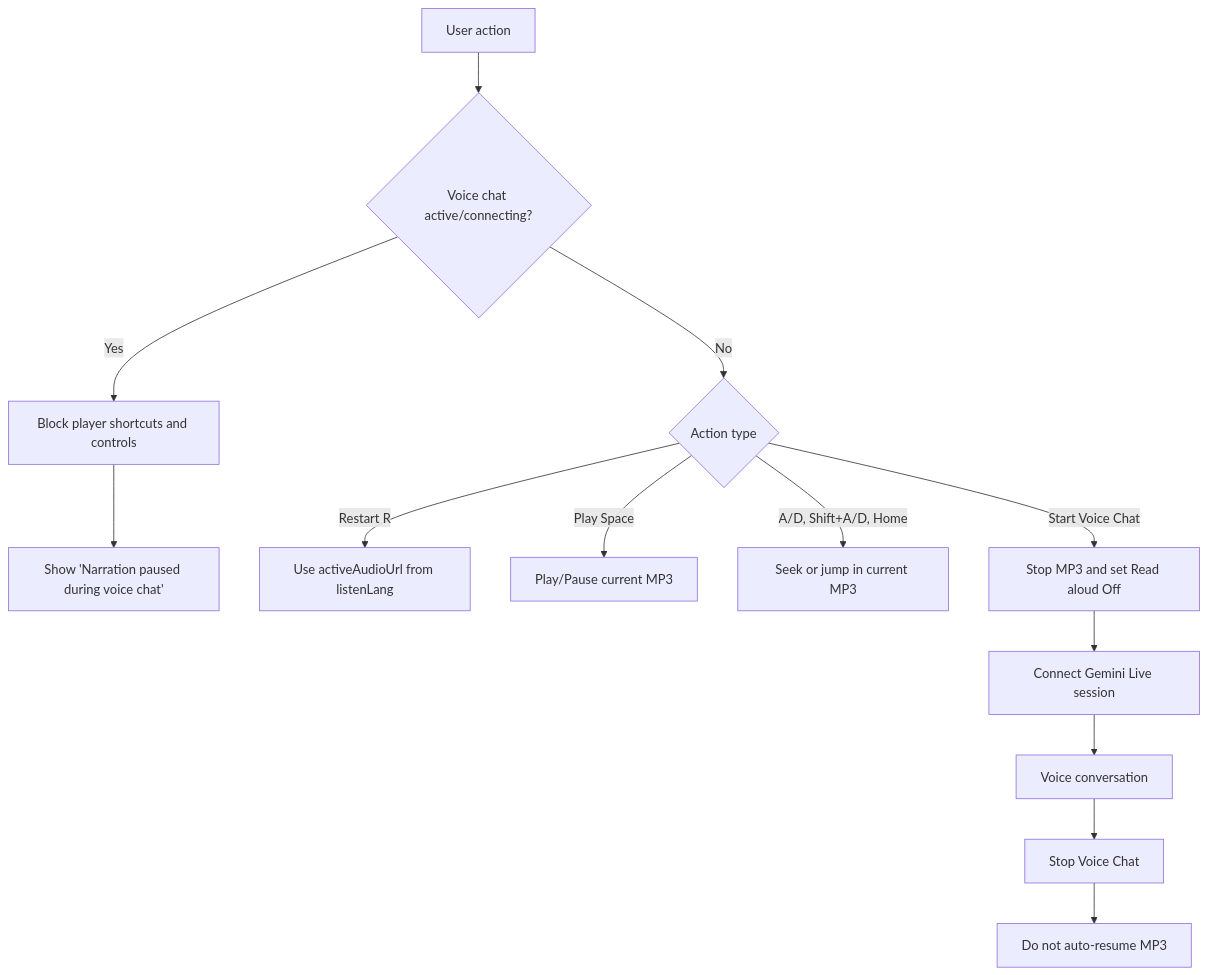
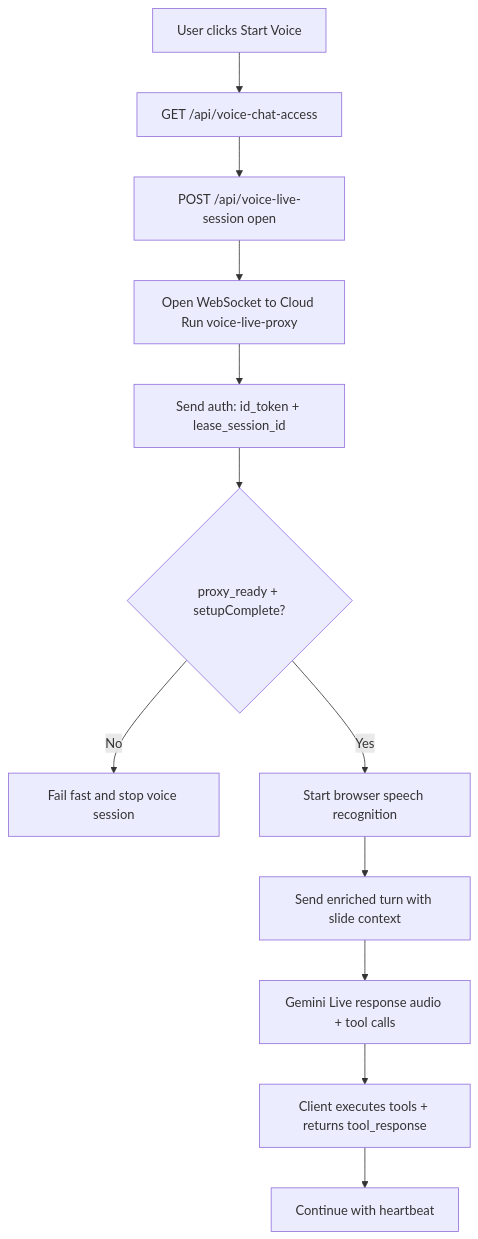
The diagram in client/web-student/README.md (wongcyrus/LangBridgePresenter), drawn with Mermaid before and after one commit. The commit also changed other lines of this file and 18 other files, not shown here.

First line of the commit message:
Implement proxy-only Gemini Live voice flow with lease auth

````diff
--- a/client/web-student/README.md
+++ b/client/web-student/README.md
@@ -54,16 +57,14 @@
 ```mermaid
 flowchart TD
-    A[User action] --> B{Voice chat active/connecting?}
-    B -- Yes --> C[Block player shortcuts and controls]
-    C --> D[Show 'Narration paused during voice chat']
-    B -- No --> E{Action type}
-
-    E -- Restart R --> F[Use activeAudioUrl from listenLang]
-    E -- Play Space --> G[Play/Pause current MP3]
-    E -- A/D, Shift+A/D, Home --> H[Seek or jump in current MP3]
-    E -- Start Voice Chat --> I[Stop MP3 and set Read aloud Off]
-    I --> J[Connect Gemini Live session]
-    J --> K[Voice conversation]
-    K --> L[Stop Voice Chat]
-    L --> M[Do not auto-resume MP3]
+    A[User clicks Start Voice] --> B[GET /api/voice-chat-access]
+    B --> C[POST /api/voice-live-session open]
+    C --> D[Open WebSocket to Cloud Run voice-live-proxy]
+    D --> E[Send auth: id_token + lease_session_id]
+    E --> F{proxy_ready + setupComplete?}
+    F -- No --> G[Fail fast and stop voice session]
+    F -- Yes --> H[Start browser speech recognition]
+    H --> I[Send enriched turn with slide context]
+    I --> J[Gemini Live response audio + tool calls]
+    J --> K[Client executes tools + returns tool_response]
+    K --> L[Continue with heartbeat]
 ```
````
